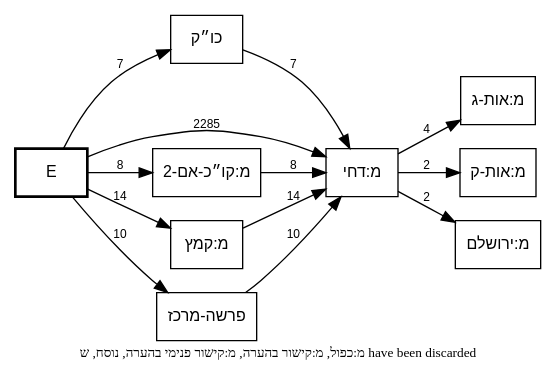
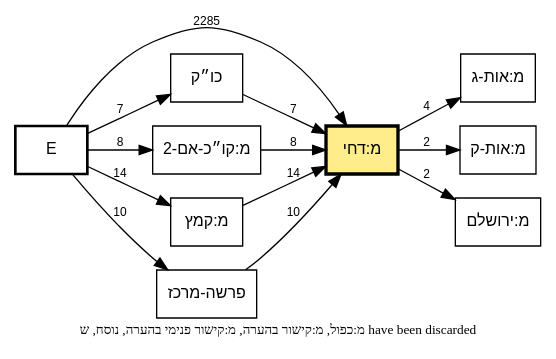
One commit to bdenckla/MAM-basics changed the diagram in out/MAM-tmpl-survey/plain-dchi-call-graph.dot. Above: the diagram before and after it, drawn with Graphviz. The commit also changed 11 other files, not shown here.

First line of the commit message:
Highlight focus node in focused template call graphs

```diff
--- a/out/MAM-tmpl-survey/plain-dchi-call-graph.dot
+++ b/out/MAM-tmpl-survey/plain-dchi-call-graph.dot
@@ -1,32 +1,33 @@
 // This file was generated by MAM-basics/py/main_tmpl_survey.py.
 // Do not edit by hand.
 digraph template_call_graph {
     rankdir=LR;
     node [fontname="SBL Hebrew,Helvetica", fontsize=12];
     edge [fontname="Helvetica", fontsize=9];
     graph [comment="This file was generated by MAM-basics/py/main_tmpl_survey.py."];
 
     // Column nodes
     node [shape=box, style=bold];
     "E";
 
     // Template nodes
     node [shape=box, style=""];
+    "מ:דחי" [fillcolor="lightgoldenrod1", style="filled", penwidth=2.5];
 
     // Note
     graph [label="מ:כפול, מ:קישור בהערה, מ:קישור פנימי בהערה, נוסח, ש have been discarded", labelloc=b, fontsize=10];
 
     // Edges
     "E" -> "כו״ק" [label="7"];
     "E" -> "מ:דחי" [label="2285"];
     "E" -> "מ:קו״כ-אם-2" [label="8"];
     "E" -> "מ:קמץ" [label="14"];
     "E" -> "פרשה-מרכז" [label="10"];
     "כו״ק" -> "מ:דחי" [label="7"];
     "מ:דחי" -> "מ:אות-ג" [label="4"];
     "מ:דחי" -> "מ:אות-ק" [label="2"];
     "מ:דחי" -> "מ:ירושלם" [label="2"];
     "מ:קו״כ-אם-2" -> "מ:דחי" [label="8"];
     "מ:קמץ" -> "מ:דחי" [label="14"];
     "פרשה-מרכז" -> "מ:דחי" [label="10"];
 }
```
